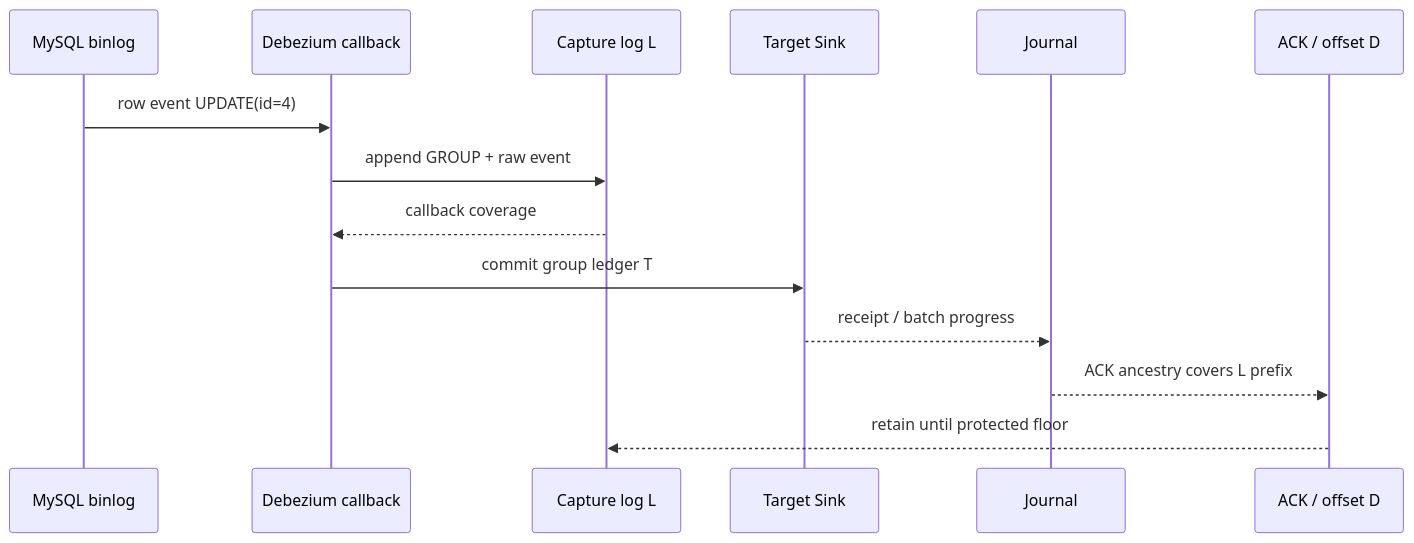
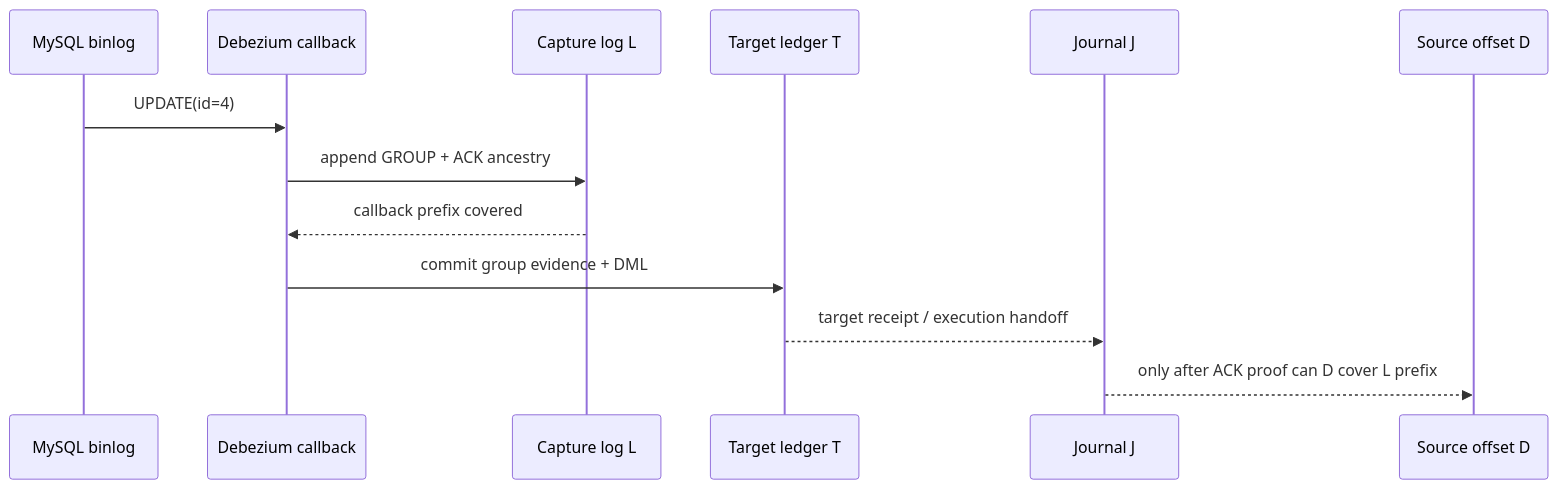
The second of 2 diagrams in _posts/pekko/2026-10-18-pekko-cdc-2-recovery-contract.md (Xuxiaotuan/Xuxiaotuan.github.io), drawn with Mermaid before and after one commit. The commit also changed other lines of this file and 5 other files, not shown here.

````diff
--- a/_posts/pekko/2026-10-18-pekko-cdc-2-recovery-contract.md
+++ b/_posts/pekko/2026-10-18-pekko-cdc-2-recovery-contract.md
@@ -42,16 +59,15 @@
 ```mermaid
 sequenceDiagram
     participant M as MySQL binlog
     participant R as Debezium callback
     participant L as Capture log L
-    participant S as Target Sink
-    participant J as Journal
-    participant D as ACK / offset D
-    M->>R: row event UPDATE(id=4)
-    R->>L: append GROUP + raw event
-    L-->>R: callback coverage
-    R->>S: commit group ledger T
-    S-->>J: receipt / batch progress
-    J-->>D: ACK ancestry covers L prefix
-    D-->>L: retain until protected floor
+    participant T as Target ledger T
+    participant J as Journal J
+    participant D as Source offset D
+    M->>R: UPDATE(id=4)
+    R->>L: append GROUP + ACK ancestry
+    L-->>R: callback prefix covered
+    R->>T: commit group evidence + DML
+    T-->>J: target receipt / execution handoff
+    J-->>D: only after ACK proof can D cover L prefix
 ```
````
